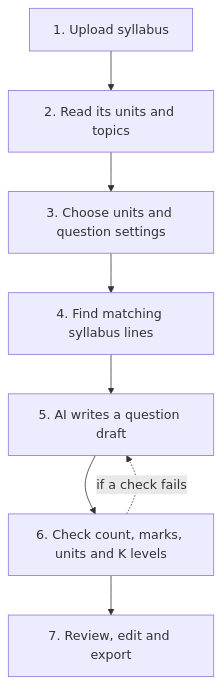
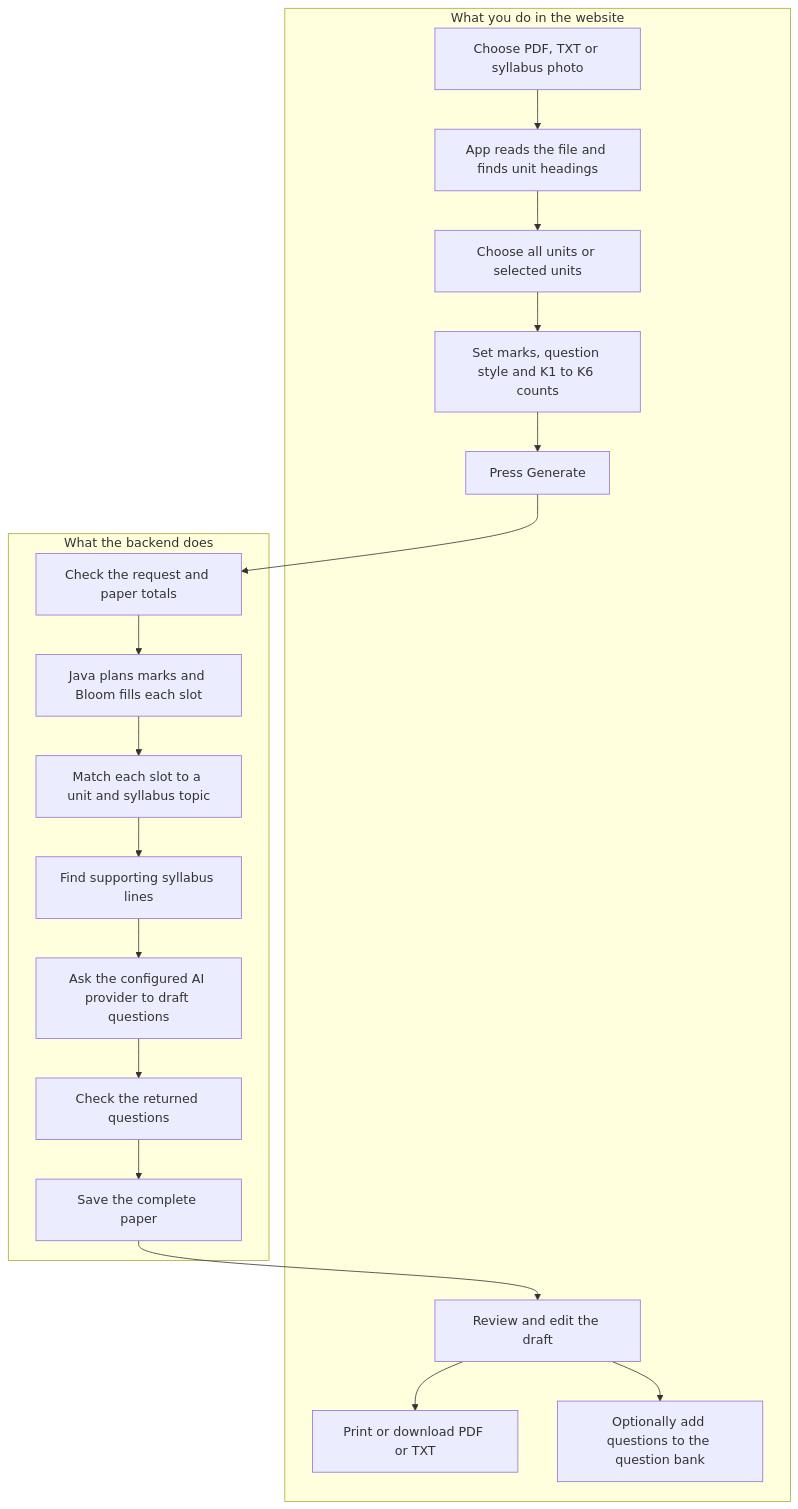
The third of 12 diagrams in README.md (irfanshafi21/mini-project), drawn with Mermaid before and after one commit. The commit also changed other lines of this file, not shown here.

Commit message:
Explain the app workflow with detailed diagrams

```diff
--- a/README.md
+++ b/README.md
@@ -45,10 +64,21 @@
 ~~~mermaid
-flowchart TD
-  A[1. Upload syllabus] --> B[2. Read its units and topics]
-  B --> C[3. Choose units and question settings]
-  C --> D[4. Find matching syllabus lines]
-  D --> E[5. AI writes a question draft]
-  E --> F[6. Check count, marks, units and K levels]
-  F --> G[7. Review, edit and export]
-  F -. if a check fails .-> E
+flowchart TB
+  subgraph Browser[What you do in the website]
+    A[Choose PDF, TXT or syllabus photo] --> B[App reads the file and finds unit headings]
+    B --> C[Choose all units or selected units]
+    C --> D[Set marks, question style and K1 to K6 counts]
+    D --> E[Press Generate]
+    K[Review and edit the draft] --> L[Print or download PDF or TXT]
+    K --> M[Optionally add questions to the question bank]
+  end
+  subgraph Server[What the backend does]
+    F[Check the request and paper totals] --> G[Java plans marks and Bloom fills each slot]
+    G --> H[Match each slot to a unit and syllabus topic]
+    H --> I[Find supporting syllabus lines]
+    I --> J[Ask the configured AI provider to draft questions]
+    J --> N[Check the returned questions]
+    N --> O[Save the complete paper]
+  end
+  E --> F
+  O --> K
 ~~~
```
